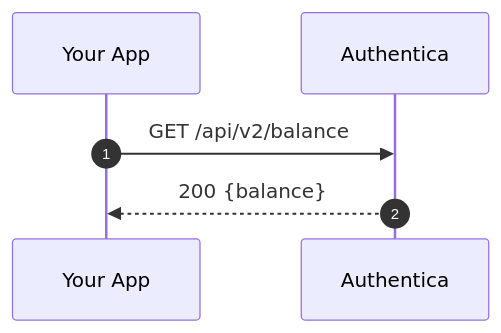
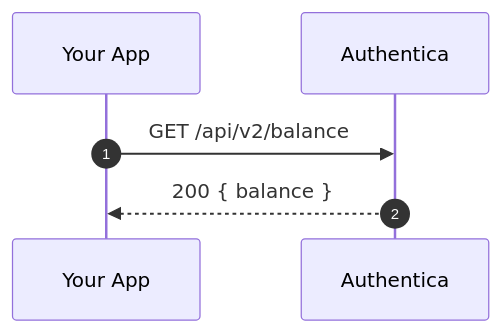
The fifth of 5 diagrams in README.md (AuthenticaSA/Plug-and-Play-Auth), drawn with Mermaid before and after one commit. The commit also changed other lines of this file and 2 other files, not shown here.

````diff
--- a/README.md
+++ b/README.md
@@ -517,8 +442,8 @@
 ```mermaid
 sequenceDiagram
   autonumber
   participant App as Your App
   participant Auth as Authentica
   App->>Auth: GET /api/v2/balance
-  Auth-->>App: 200 {balance}
+  Auth-->>App: 200 { balance }
 ```
````
